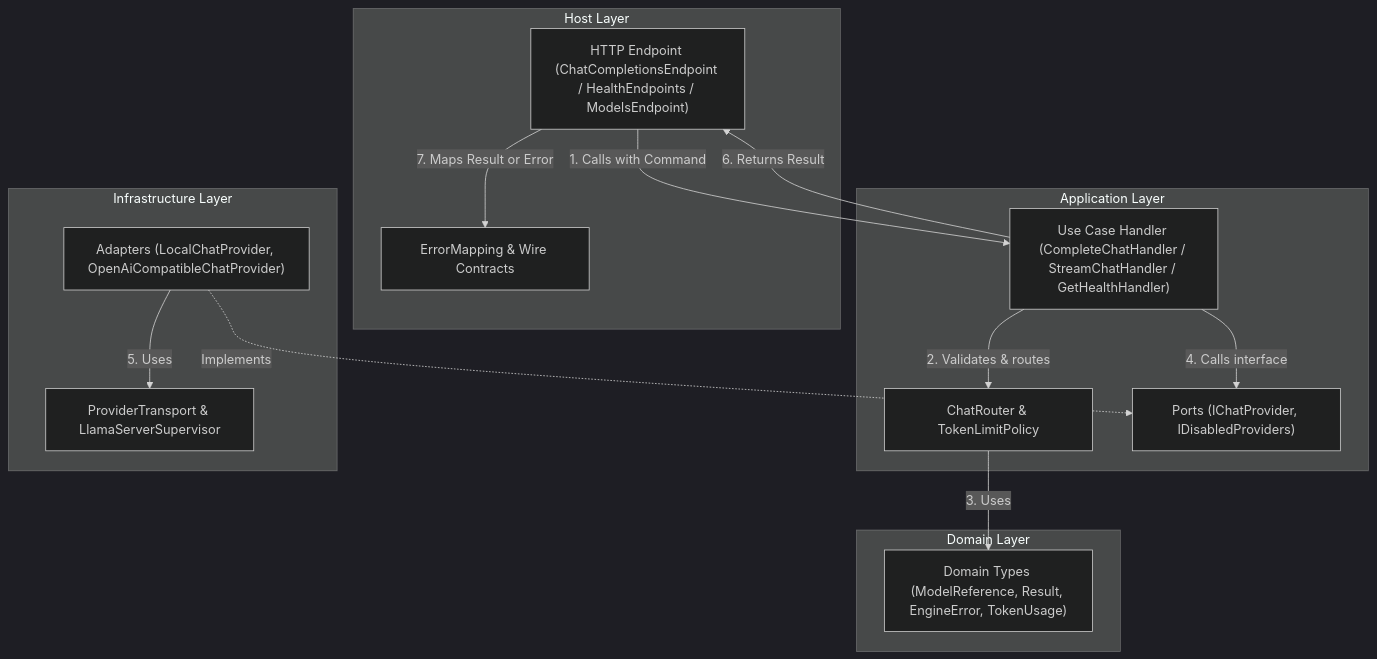
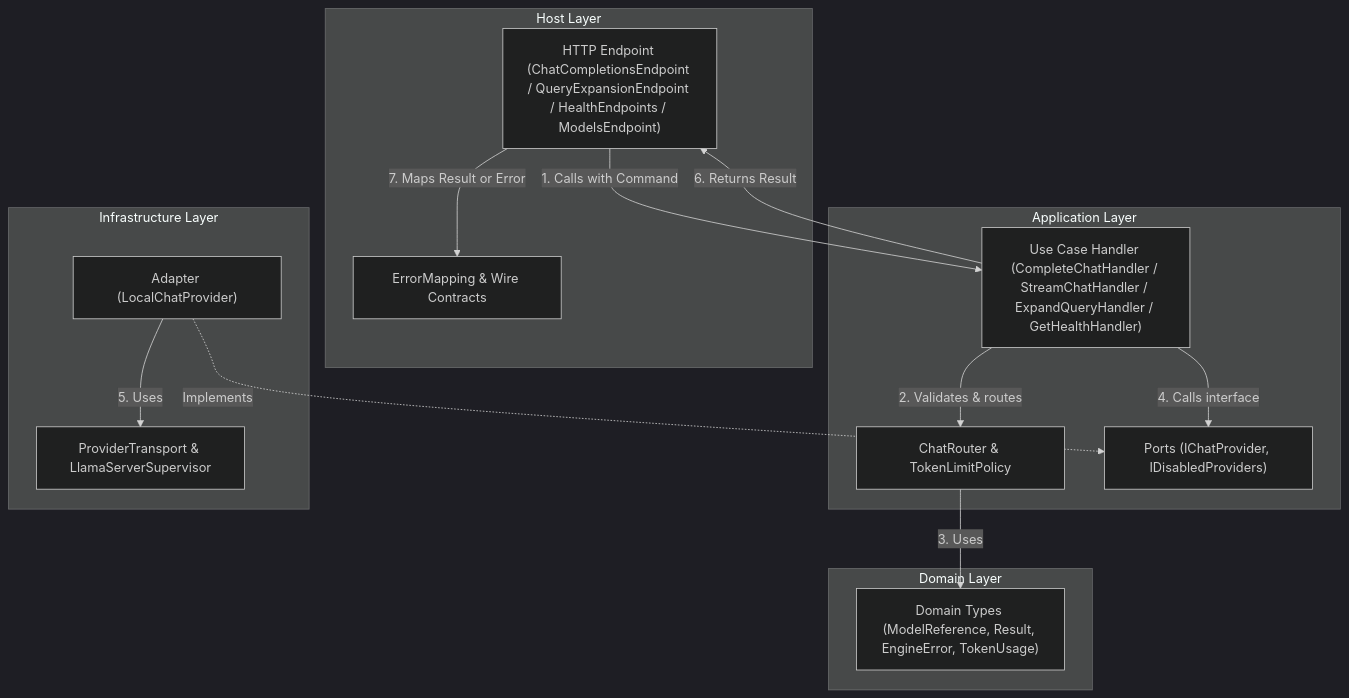
Before and after one commit to xatcap/xat-llm-engine: the fourth of 9 diagrams in docs/architecture.md, drawn with Mermaid (dark theme). The commit also changed other lines of this file and 77 other files, not shown here.

Commit message:
Removing cloud operations and adding a model for query expansion

````diff
--- a/docs/architecture.md
+++ b/docs/architecture.md
@@ -135,31 +139,31 @@
 ```mermaid
 flowchart TB
     subgraph Host["Host Layer"]
-        Endpoint["HTTP Endpoint (ChatCompletionsEndpoint / HealthEndpoints / ModelsEndpoint)"]
+        Endpoint["HTTP Endpoint (ChatCompletionsEndpoint / QueryExpansionEndpoint / HealthEndpoints / ModelsEndpoint)"]
         Mapper["ErrorMapping & Wire Contracts"]
     end
 
     subgraph Application["Application Layer"]
-        Handler["Use Case Handler (CompleteChatHandler / StreamChatHandler / GetHealthHandler)"]
+        Handler["Use Case Handler (CompleteChatHandler / StreamChatHandler / ExpandQueryHandler / GetHealthHandler)"]
         Router["ChatRouter & TokenLimitPolicy"]
         Port["Ports (IChatProvider, IDisabledProviders)"]
     end
 
     subgraph Domain["Domain Layer"]
         DomainTypes["Domain Types (ModelReference, Result<T>, EngineError, TokenUsage)"]
     end
 
     subgraph Infrastructure["Infrastructure Layer"]
-        Adapter["Adapters (LocalChatProvider, OpenAiCompatibleChatProvider)"]
+        Adapter["Adapter (LocalChatProvider)"]
         Transport["ProviderTransport & LlamaServerSupervisor"]
     end
 
     Endpoint -->|"1. Calls with Command"| Handler
     Handler -->|"2. Validates & routes"| Router
     Router -->|"3. Uses"| DomainTypes
     Handler -->|"4. Calls interface"| Port
     Adapter -.->|"Implements"| Port
     Adapter -->|"5. Uses"| Transport
     Handler -->|"6. Returns Result<T>"| Endpoint
     Endpoint -->|"7. Maps Result<T> or Error"| Mapper
 ```
````
